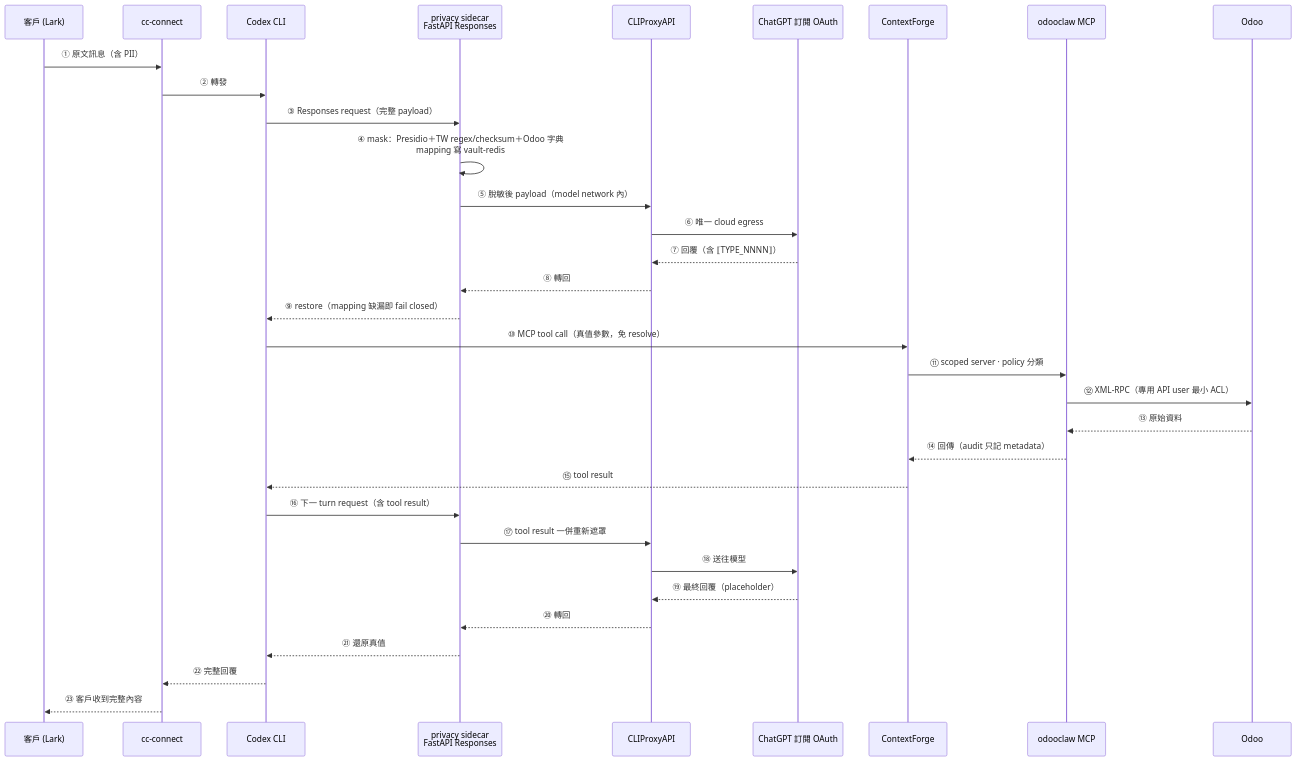
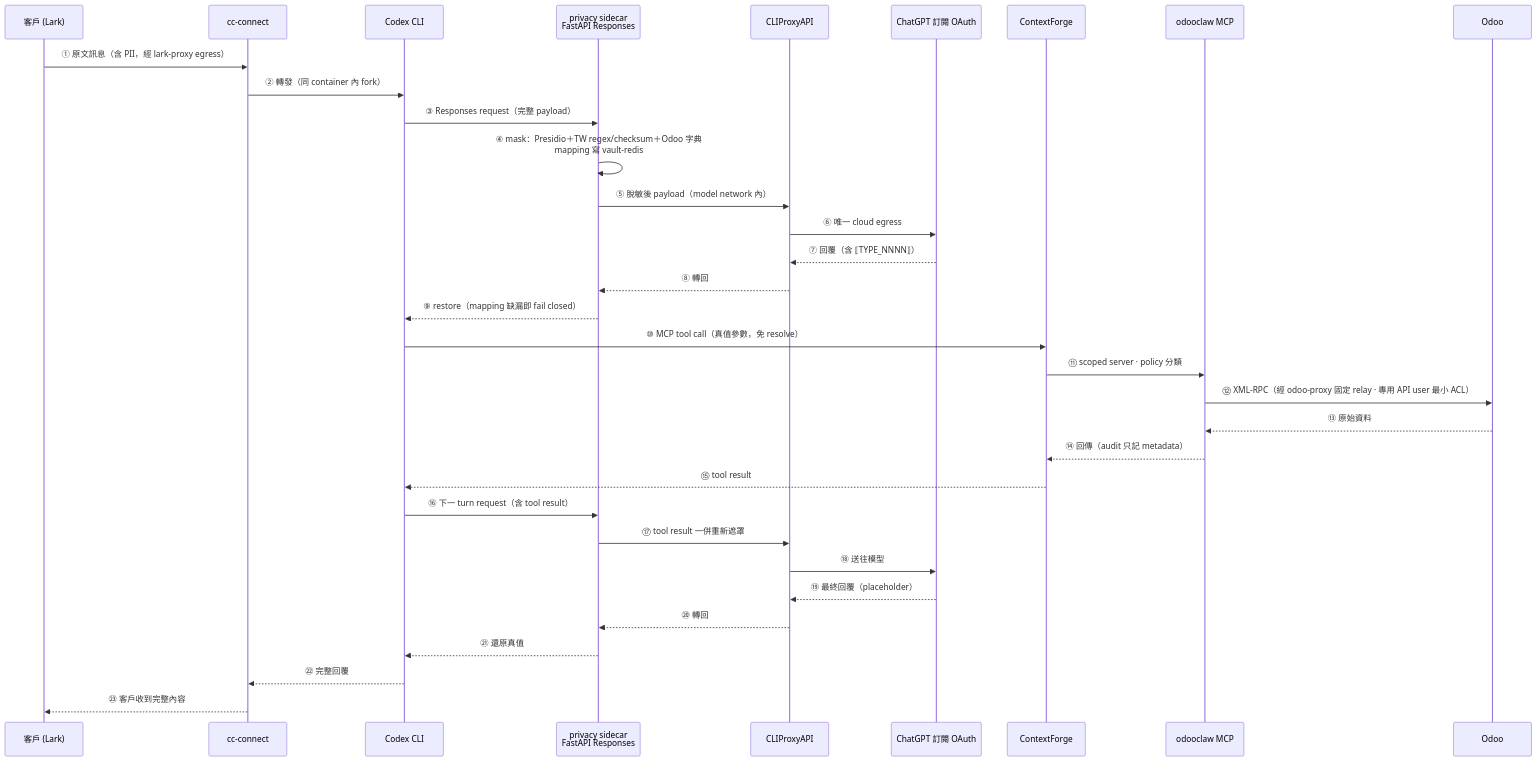
One commit to thx0701/osslab-agent changed the third of 4 diagrams in docs/field-notes/06-privacy-masking-gateway.md. Above: the diagram before and after it, drawn with Mermaid. The commit also changed other lines of this file and 4 other files, not shown here.

Commit message:
docs(field-notes): 06 修正 as-built component 圖——privacy-bot 單一 container（cc-connect＋Codex 同住），補 lark-proxy／odoo-proxy relay

````diff
--- a/docs/field-notes/06-privacy-masking-gateway.md
+++ b/docs/field-notes/06-privacy-masking-gateway.md
@@ -186,36 +186,36 @@
 ```mermaid
 sequenceDiagram
     participant U as 客戶 (Lark)
     participant CC as cc-connect
     participant CX as Codex CLI
     participant P as privacy sidecar<br>FastAPI Responses
     participant CP as CLIProxyAPI
     participant AI as ChatGPT 訂閱 OAuth
     participant CF as ContextForge
     participant OC as odooclaw MCP
     participant O as Odoo
 
-    U->>CC: ① 原文訊息（含 PII）
-    CC->>CX: ② 轉發
+    U->>CC: ① 原文訊息（含 PII，經 lark-proxy egress）
+    CC->>CX: ② 轉發（同 container 內 fork）
     CX->>P: ③ Responses request（完整 payload）
     P->>P: ④ mask：Presidio＋TW regex/checksum＋Odoo 字典<br>mapping 寫 vault-redis
     P->>CP: ⑤ 脫敏後 payload（model network 內）
     CP->>AI: ⑥ 唯一 cloud egress
     AI-->>CP: ⑦ 回覆（含 ⟦TYPE_NNNN⟧）
     CP-->>P: ⑧ 轉回
     P-->>CX: ⑨ restore（mapping 缺漏即 fail closed）
     CX->>CF: ⑩ MCP tool call（真值參數，免 resolve）
     CF->>OC: ⑪ scoped server · policy 分類
-    OC->>O: ⑫ XML-RPC（專用 API user 最小 ACL）
+    OC->>O: ⑫ XML-RPC（經 odoo-proxy 固定 relay · 專用 API user 最小 ACL）
     O-->>OC: ⑬ 原始資料
     OC-->>CF: ⑭ 回傳（audit 只記 metadata）
     CF-->>CX: ⑮ tool result
     CX->>P: ⑯ 下一 turn request（含 tool result）
     P->>CP: ⑰ tool result 一併重新遮罩
     CP->>AI: ⑱ 送往模型
     AI-->>CP: ⑲ 最終回覆（placeholder）
     CP-->>P: ⑳ 轉回
     P-->>CX: ㉑ 還原真值
     CX-->>CC: ㉒ 完整回覆
     CC-->>U: ㉓ 客戶收到完整內容
 ```
````
